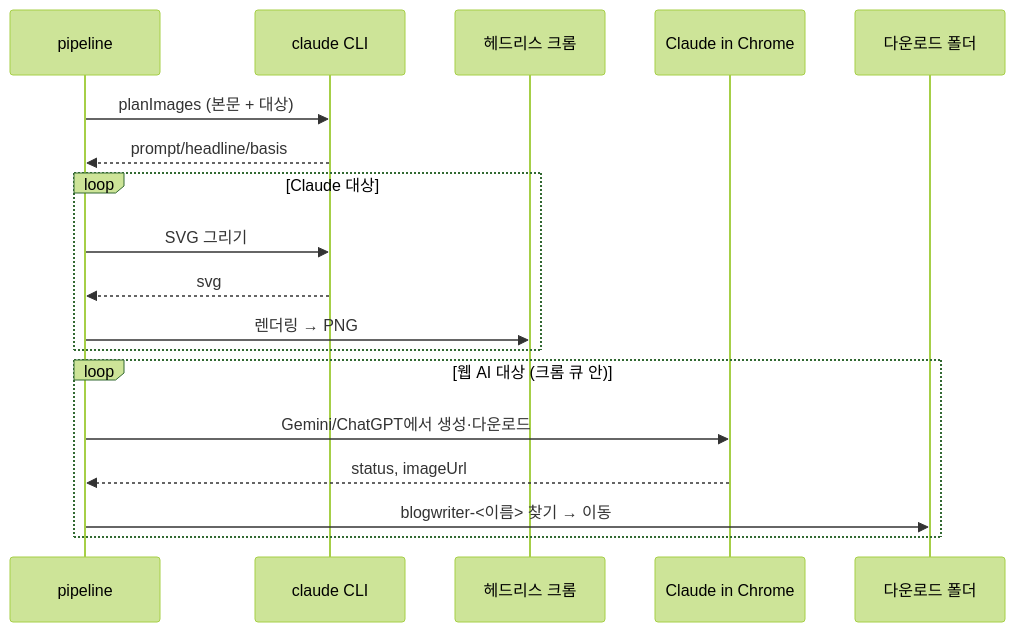
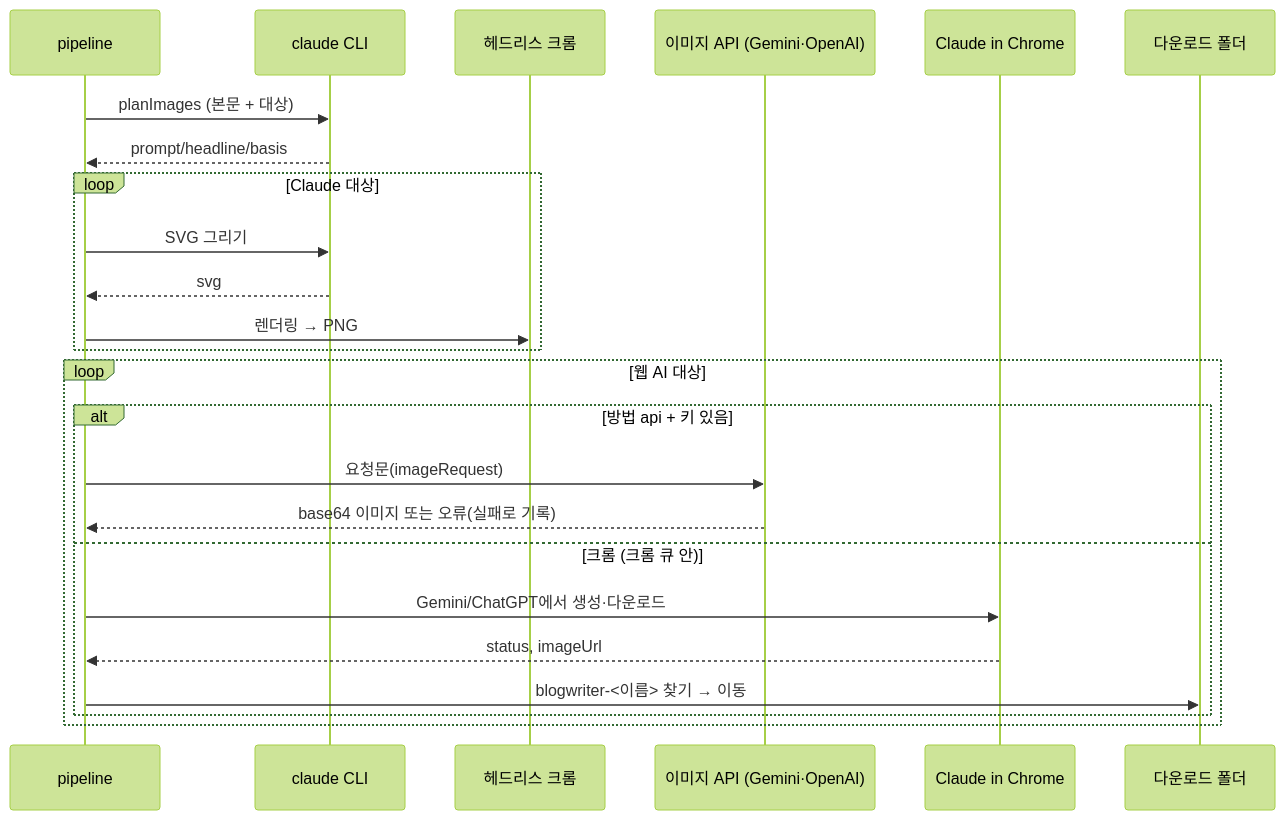
One commit to beekei-god/blog-writer changed the diagram in vault/wiki/image/flows/이미지 생성 플로우.md. Above: the diagram before and after it, drawn with Mermaid (forest theme). The commit also changed other lines of this file and 91 other files, not shown here.

First line of the commit message:
Update wiki: image API, per-image regeneration, parallel image runs

````diff
--- a/vault/wiki/image/flows/이미지 생성 플로우.md
+++ b/vault/wiki/image/flows/이미지 생성 플로우.md
@@ -34,20 +36,26 @@
 ```mermaid
 sequenceDiagram
   participant P as pipeline
   participant C as claude CLI
   participant H as 헤드리스 크롬
+  participant A as 이미지 API (Gemini·OpenAI)
   participant X as Claude in Chrome
   participant D as 다운로드 폴더
   P->>C: planImages (본문 + 대상)
   C-->>P: prompt/headline/basis
   loop Claude 대상
     P->>C: SVG 그리기
     C-->>P: svg
     P->>H: 렌더링 → PNG
   end
-  loop 웹 AI 대상 (크롬 큐 안)
-    P->>X: Gemini/ChatGPT에서 생성·다운로드
-    X-->>P: status, imageUrl
-    P->>D: blogwriter-<이름> 찾기 → 이동
+  loop 웹 AI 대상
+    alt 방법 api + 키 있음
+      P->>A: 요청문(imageRequest)
+      A-->>P: base64 이미지 또는 오류(실패로 기록)
+    else 크롬 (크롬 큐 안)
+      P->>X: Gemini/ChatGPT에서 생성·다운로드
+      X-->>P: status, imageUrl
+      P->>D: blogwriter-<이름> 찾기 → 이동
+    end
   end
 ```
````
